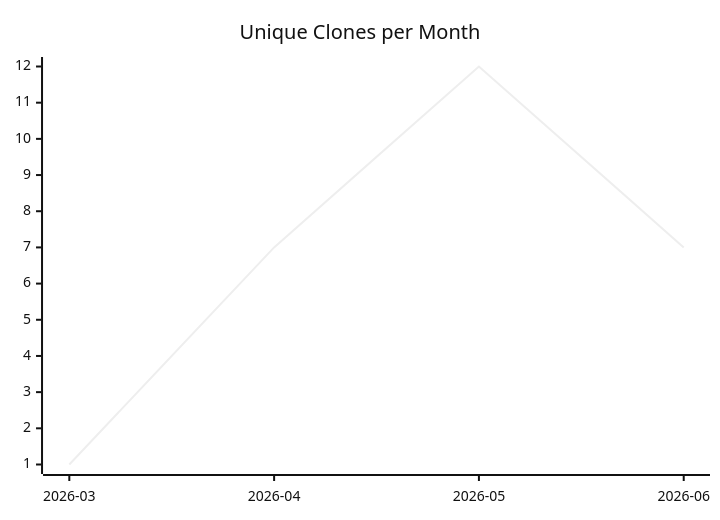
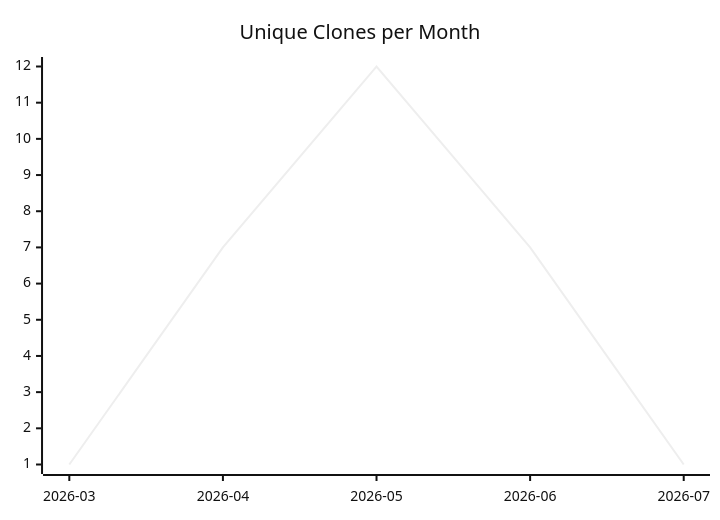
The third of 3 diagrams in karlmdavis/sample-maven-and-rcp/README.md (justdavis-family/github-analytics-data), drawn with Mermaid (neutral theme) before and after one commit. The commit also changed other lines of this file and 199 other files, not shown here.

````diff
--- a/karlmdavis/sample-maven-and-rcp/README.md
+++ b/karlmdavis/sample-maven-and-rcp/README.md
@@ -19,6 +19,6 @@
 ```mermaid
 xychart-beta
   title "Unique Clones per Month"
-  x-axis ["2026-03", "2026-04", "2026-05", "2026-06"]
-  line [1, 7, 12, 7]
+  x-axis ["2026-03", "2026-04", "2026-05", "2026-06", "2026-07"]
+  line [1, 7, 12, 7, 1]
 ```
````
